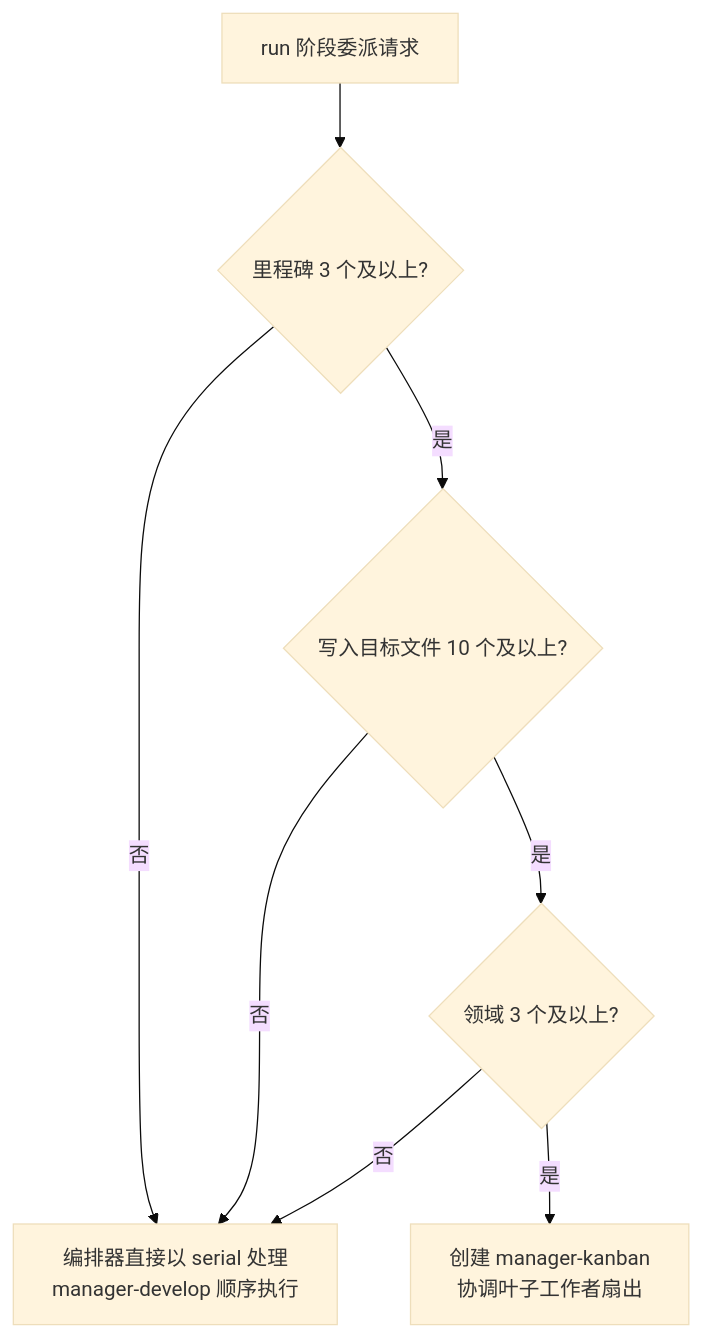
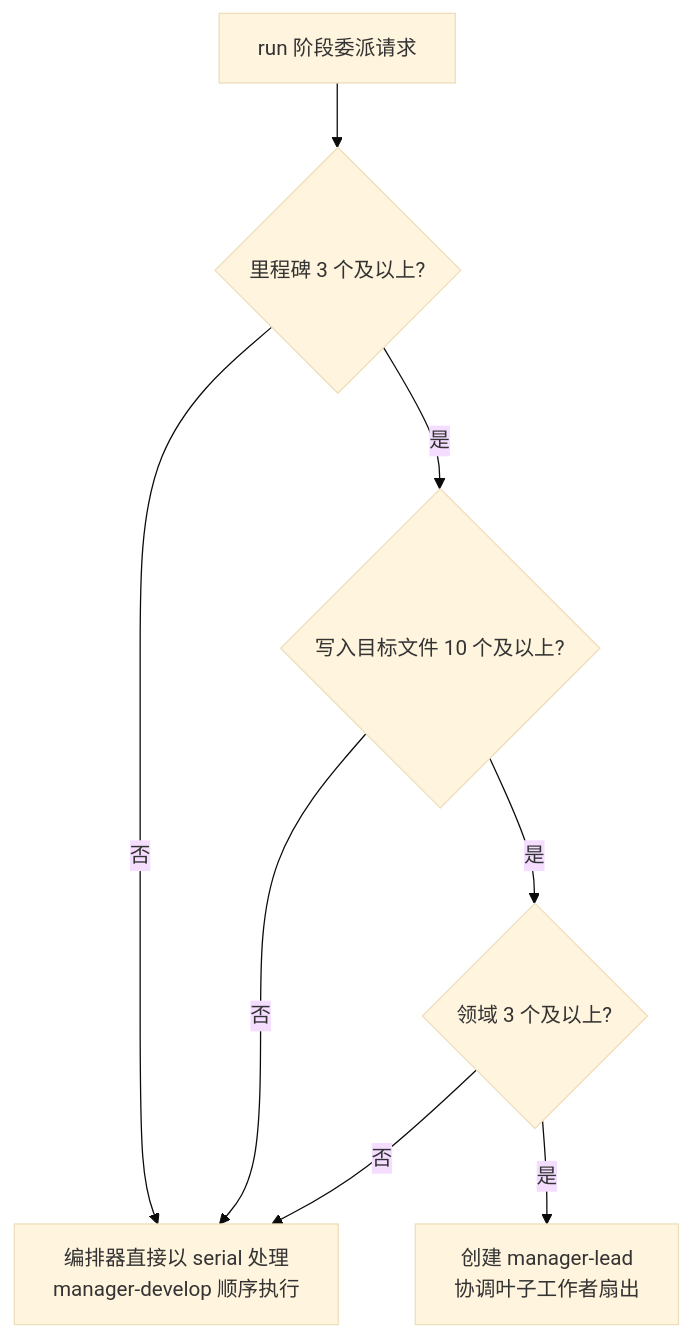
The second of 5 diagrams in docs-site/content/zh/advanced/agent-guide.md (modu-ai/moai-adk), drawn with Mermaid (base theme) before and after one commit. The commit also changed other lines of this file and 17 other files, not shown here.

First line of the commit message:
docs(docs-site): sweep manager-kanban -> manager-lead agent-name prose (4 locales)

````diff
--- a/docs-site/content/zh/advanced/agent-guide.md
+++ b/docs-site/content/zh/advanced/agent-guide.md
@@ -144,10 +144,10 @@
 ```mermaid
 flowchart TD
     START["run 阶段委派请求"] --> Q1{"里程碑 3 个及以上?"}
     Q1 -->|"否"| MODE5["编排器直接以 serial 处理<br>manager-develop 顺序执行"]
     Q1 -->|"是"| Q2{"写入目标文件 10 个及以上?"}
     Q2 -->|"否"| MODE5
     Q2 -->|"是"| Q3{"领域 3 个及以上?"}
     Q3 -->|"否"| MODE5
-    Q3 -->|"是"| LEAD["创建 manager-kanban<br>协调叶子工作者扇出"]
+    Q3 -->|"是"| LEAD["创建 manager-lead<br>协调叶子工作者扇出"]
 ```
````
